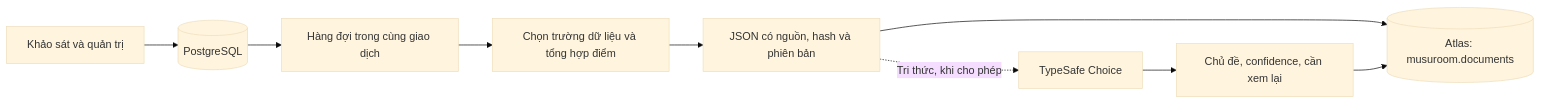
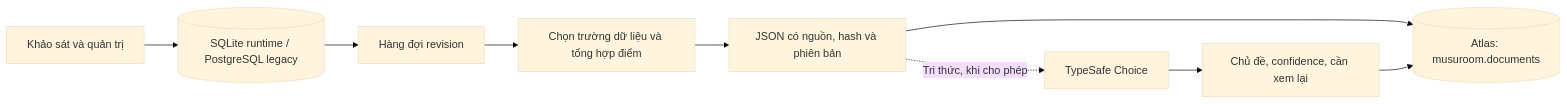
One commit to Jakcasas/musuroom changed the diagram in docs/MONGODB_JEV.md. Above: the diagram before and after it, drawn with Mermaid (base theme). The commit also changed other lines of this file and 19 other files, not shown here.

````diff
--- a/docs/MONGODB_JEV.md
+++ b/docs/MONGODB_JEV.md
@@ -7,11 +7,11 @@
 ```mermaid
 flowchart LR
-  Web[Khảo sát và quản trị] --> SQL[(PostgreSQL)]
-  SQL --> Queue[Hàng đợi trong cùng giao dịch]
+  Web[Khảo sát và quản trị] --> SQL[(SQLite runtime / PostgreSQL legacy)]
+  SQL --> Queue[Hàng đợi revision]
   Queue --> Project[Chọn trường dữ liệu và tổng hợp điểm]
   Project --> JSON[JSON có nguồn, hash và phiên bản]
   JSON --> Mongo[(Atlas: musuroom.documents)]
   JSON -. Tri thức, khi cho phép .-> Jev[TypeSafe Choice]
   Jev --> Review[Chủ đề, confidence, cần xem lại]
   Review --> Mongo
 ```
````
